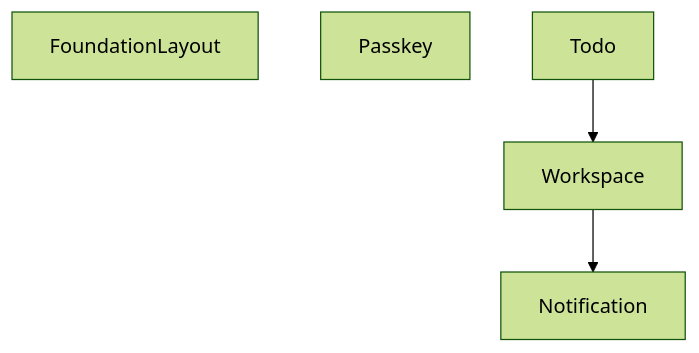
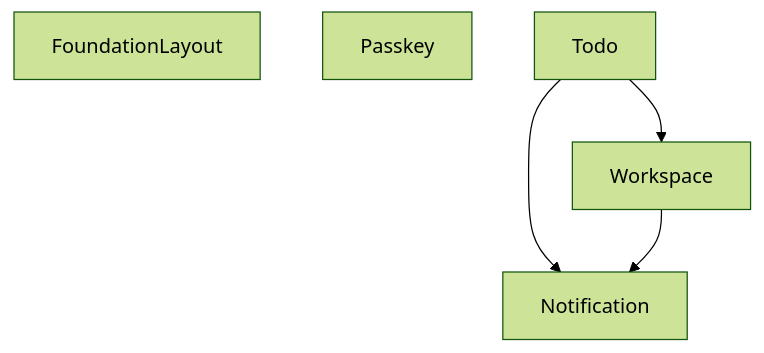
One commit to rokde/laravel-starter-kit changed the diagram in docs/module-dependency-graph.md. Above: the diagram before and after it, drawn with Mermaid (forest theme). The commit also changed other lines of this file, not shown here.

First line of the commit message:
Update module dependency graph to include Notification links

````diff
--- a/docs/module-dependency-graph.md
+++ b/docs/module-dependency-graph.md
@@ -5,10 +5,11 @@
 ```mermaid
 graph TD;
     foundationLayout["FoundationLayout"];
     notification["Notification"];
     passkey["Passkey"];
     todo["Todo"];
     workspace["Workspace"];
     todo --> workspace;
+    todo --> notification;
     workspace --> notification;
 ```
````
